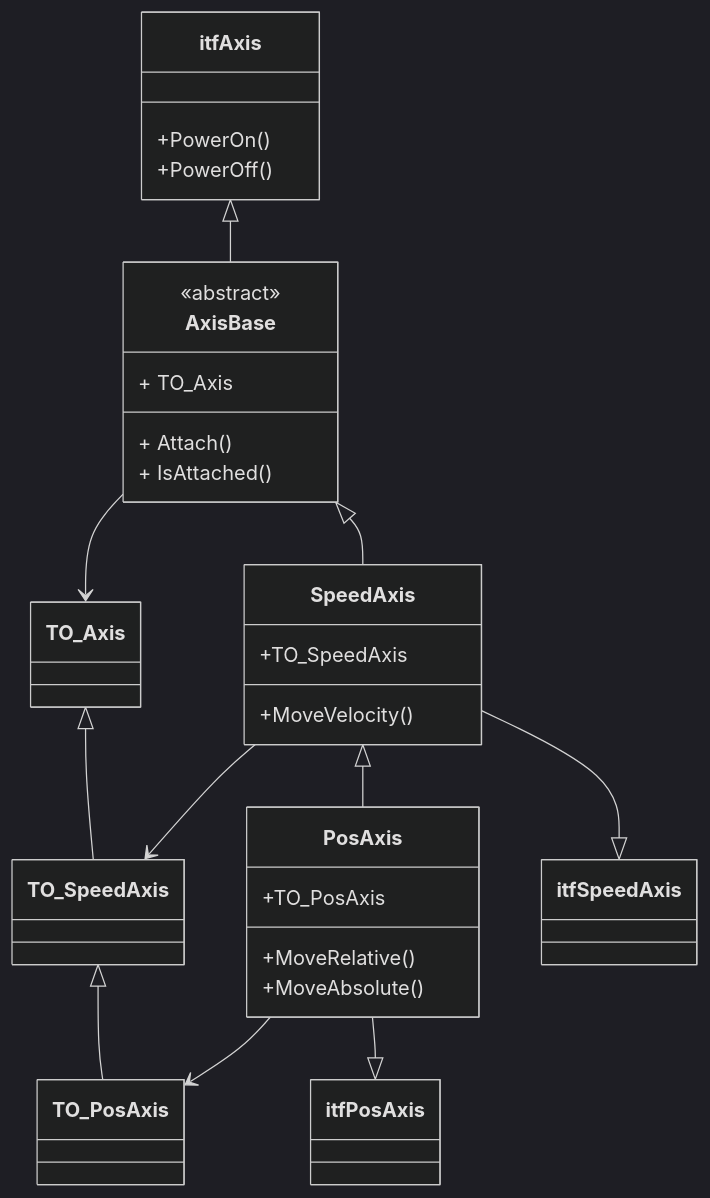
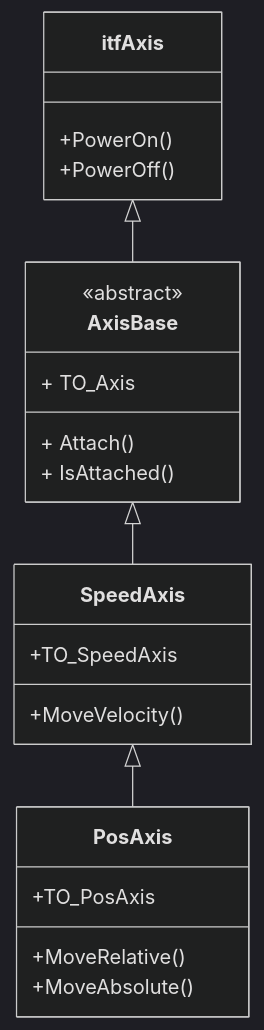
Before and after one commit to simatic-ax/axftcmlib: the third of 3 diagrams in README.md, drawn with Mermaid (dark theme). The commit also changed other lines of this file and 6 other files, not shown here.

````diff
--- a/README.md
+++ b/README.md
@@ -189,33 +189,26 @@
 ```mermaid
 classDiagram  
   class itfAxis {
     +PowerOn()
     +PowerOff()
   }
   class AxisBase {  
     <<abstract>> 
     + Attach()
     + IsAttached()
     + TO_Axis
   }  
   class SpeedAxis {  
     +MoveVelocity()
     +TO_SpeedAxis
   }  
   class PosAxis {  
     +MoveRelative()
     +MoveAbsolute()
     +TO_PosAxis
   }  
 
   AxisBase <|-- SpeedAxis
   SpeedAxis <|-- PosAxis    
   itfAxis <|-- AxisBase    
-  TO_Axis <|-- TO_SpeedAxis  
-  TO_SpeedAxis <|-- TO_PosAxis  
-  AxisBase --> TO_Axis
-  SpeedAxis --> TO_SpeedAxis
-  PosAxis --> TO_PosAxis
-  SpeedAxis --|> itfSpeedAxis
-  PosAxis --|> itfPosAxis
 ```
````
